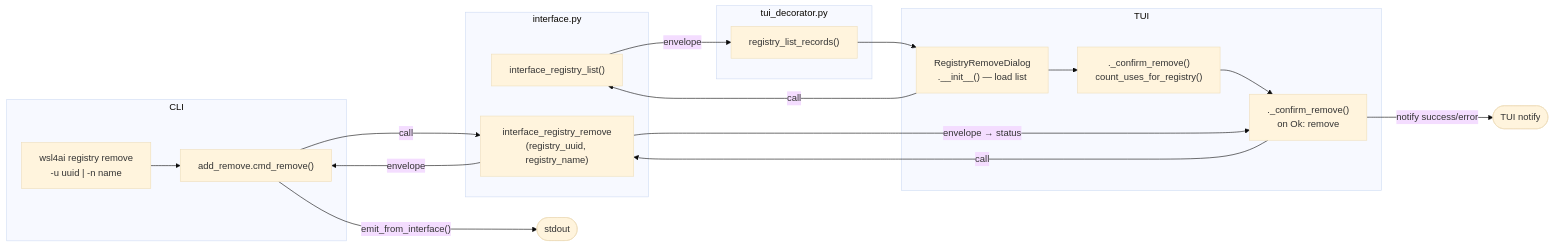
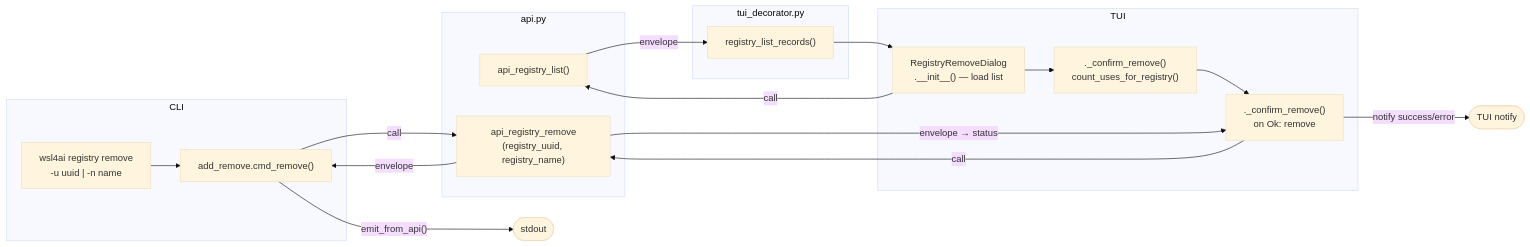
The third of 3 diagrams in specs/tool/specs-registry.md (rmompo/wsl4ai), drawn with Mermaid (base theme) before and after one commit. The commit also changed other lines of this file and 20 other files, not shown here.

First line of the commit message:
v1.6.3: rename interface.py → api.py, interface_* → api_*

````diff
--- a/specs/tool/specs-registry.md
+++ b/specs/tool/specs-registry.md
@@ -139,30 +139,30 @@
 ```mermaid
 flowchart LR
     subgraph CLI
         rr["wsl4ai registry remove\n-u uuid | -n name"]
         cmd_rm["add_remove.cmd_remove()"]
         rr --> cmd_rm
     end
-    subgraph Interface["interface.py"]
-        iface_list["interface_registry_list()"]
-        iface_rm["interface_registry_remove\n(registry_uuid, registry_name)"]
+    subgraph Interface["api.py"]
+        iface_list["api_registry_list()"]
+        iface_rm["api_registry_remove\n(registry_uuid, registry_name)"]
     end
     subgraph TUI
         dlg_init["RegistryRemoveDialog\n.__init__() — load list"]
         dlg_check["._confirm_remove()\ncount_uses_for_registry()"]
         dlg_rm["._confirm_remove()\non Ok: remove"]
         dlg_init --> dlg_check --> dlg_rm
     end
     subgraph TUI_Dec["tui_decorator.py"]
         rec["registry_list_records()"]
     end
 
     cmd_rm -->|"call"| iface_rm
     dlg_init -->|"call"| iface_list
     dlg_rm -->|"call"| iface_rm
     iface_list -->|"envelope"| rec --> dlg_init
     iface_rm -->|"envelope"| cmd_rm
     iface_rm -->|"envelope → status"| dlg_rm
-    cmd_rm -->|"emit_from_interface()"| stdout([stdout])
+    cmd_rm -->|"emit_from_api()"| stdout([stdout])
     dlg_rm -->|"notify success/error"| ui([TUI notify])
 ```
````
